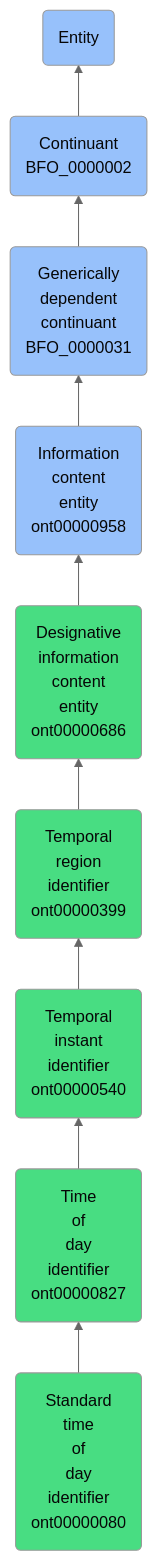
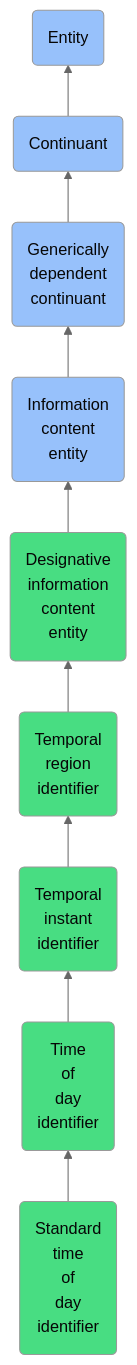
Before and after one commit to jupyter-naas/abi: the diagram in docs/ontology/reference/model/Entity/Continuant/Generically dependent continuant/Information content entity/Designative information content entity/Temporal region identifier/Temporal instant identifier/Time of day identifier/Standard time of day identifier/Standard time of day identifier.md, drawn with Mermaid (neutral theme). The commit also changed other lines of this file and 1430 other files, not shown here.

````diff
--- a/docs/ontology/reference/model/Entity/Continuant/Generically dependent continuant/Information content entity/Designative information content entity/Temporal region identifier/Temporal instant identifier/Time of day identifier/Standard time of day identifier/Standard time of day identifier.md
+++ b/docs/ontology/reference/model/Entity/Continuant/Generically dependent continuant/Information content entity/Designative information content entity/Temporal region identifier/Temporal instant identifier/Time of day identifier/Standard time of day identifier/Standard time of day identifier.md
@@ -24,16 +24,16 @@
 ```mermaid
 graph BT
-    ont00000080(Standard<br>time<br>of<br>day<br>identifier<br>ont00000080):::ABI-->ont00000827
-    ont00000827(Time<br>of<br>day<br>identifier<br>ont00000827):::ABI-->ont00000540
-    ont00000540(Temporal<br>instant<br>identifier<br>ont00000540):::ABI-->ont00000399
-    ont00000399(Temporal<br>region<br>identifier<br>ont00000399):::ABI-->ont00000686
-    ont00000686(Designative<br>information<br>content<br>entity<br>ont00000686):::ABI-->ont00000958
-    ont00000958(Information<br>content<br>entity<br>ont00000958):::BFO-->BFO_0000031
-    BFO_0000031(Generically<br>dependent<br>continuant<br>BFO_0000031):::BFO-->BFO_0000002
-    BFO_0000002(Continuant<br>BFO_0000002):::BFO-->BFO_0000001
+    ont00000080(Standard<br>time<br>of<br>day<br>identifier):::ABI-->ont00000827
+    ont00000827(Time<br>of<br>day<br>identifier):::ABI-->ont00000540
+    ont00000540(Temporal<br>instant<br>identifier):::ABI-->ont00000399
+    ont00000399(Temporal<br>region<br>identifier):::ABI-->ont00000686
+    ont00000686(Designative<br>information<br>content<br>entity):::ABI-->ont00000958
+    ont00000958(Information<br>content<br>entity):::BFO-->BFO_0000031
+    BFO_0000031(Generically<br>dependent<br>continuant):::BFO-->BFO_0000002
+    BFO_0000002(Continuant):::BFO-->BFO_0000001
     BFO_0000001(Entity):::BFO
     
     classDef BFO fill:#97c1fb,color:#060606
     classDef CCO fill:#e4c51e,color:#060606
     classDef ABI fill:#48DD82,color:#060606
 ```
````
